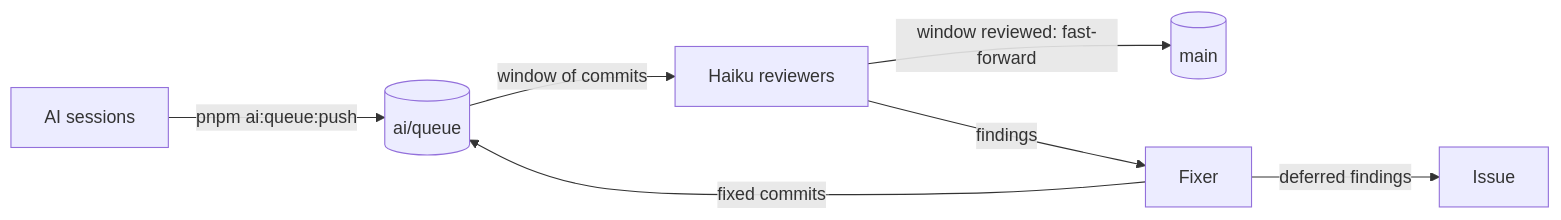
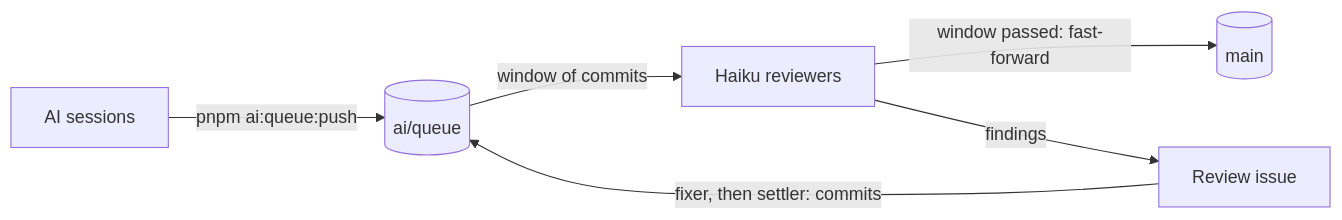
The diagram in README.md (Esposter/Esposter), drawn with Mermaid before and after one commit. The commit also changed other lines of this file and 7 other files, not shown here.

````diff
--- a/README.md
+++ b/README.md
@@ -344,9 +345,8 @@
 ```mermaid
 flowchart LR
   S[AI sessions] -->|pnpm ai:queue:push| Q[(ai/queue)]
   Q -->|window of commits| R[Haiku reviewers]
-  R -->|window reviewed: fast-forward| M[(main)]
-  R -->|findings| F[Fixer]
-  F -->|fixed commits| Q
-  F -->|deferred findings| I[Issue]
+  R -->|window passed: fast-forward| M[(main)]
+  R -->|findings| I[Review issue]
+  I -->|fixer, then settler: commits| Q
 ```
````
